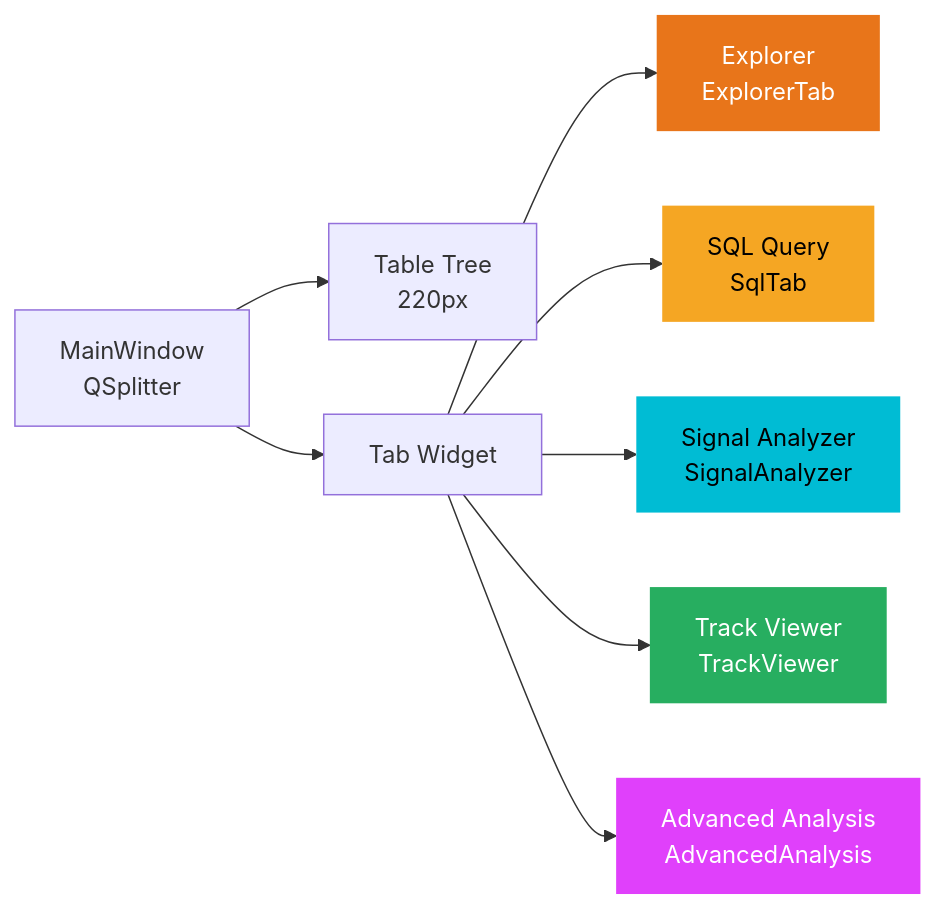
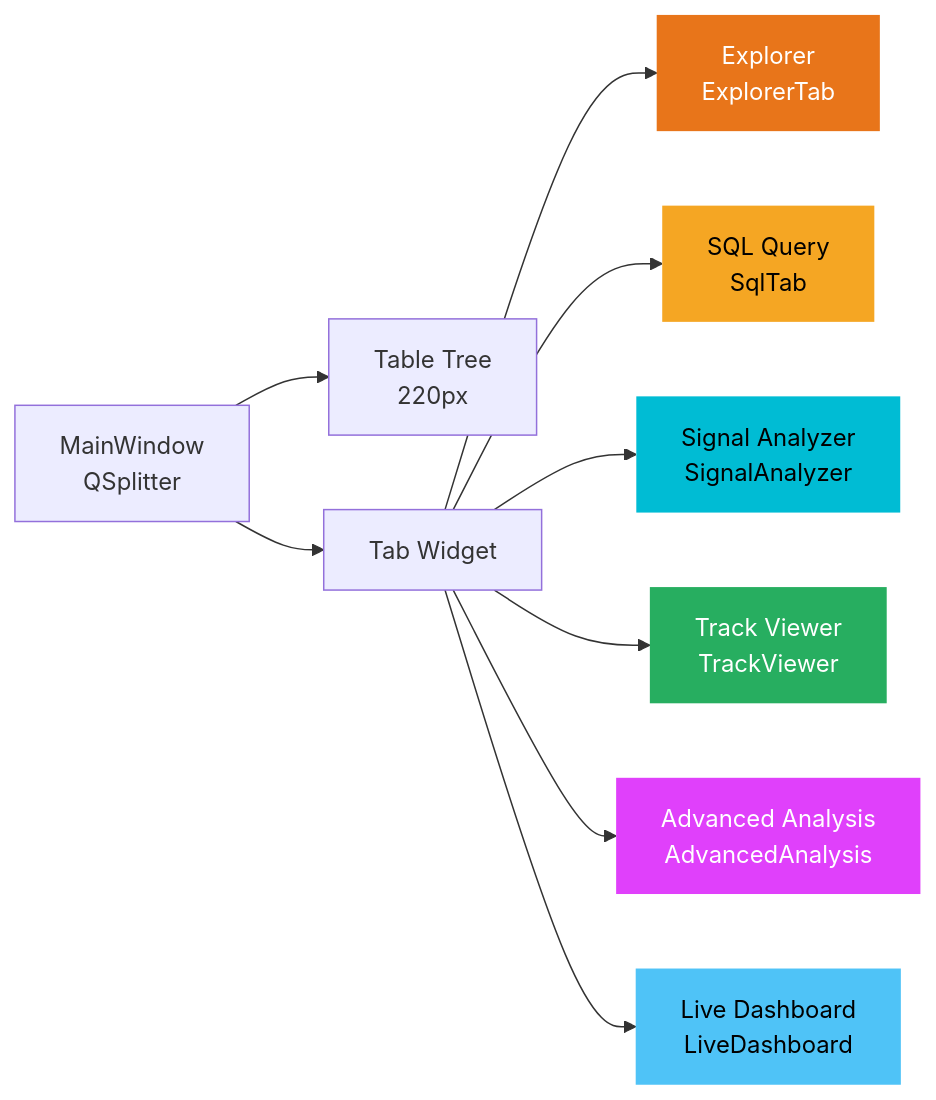
The eighth of 9 diagrams in docs/docs/lmupi/overview.md (SeamusMullan/TeleMU), drawn with Mermaid before and after one commit. The commit also changed other lines of this file and 93 other files, not shown here.

Commit message:
docs: restructure for Python-only, agent-friendly architecture

````diff
--- a/docs/docs/lmupi/overview.md
+++ b/docs/docs/lmupi/overview.md
@@ -267,26 +291,29 @@
 ```mermaid
 graph LR
     MW["MainWindow<br/>QSplitter"]
     TT["Table Tree<br/>220px"]
     TW["Tab Widget"]
 
     T1["Explorer<br/>ExplorerTab"]
     T2["SQL Query<br/>SqlTab"]
     T3["Signal Analyzer<br/>SignalAnalyzer"]
     T4["Track Viewer<br/>TrackViewer"]
     T5["Advanced Analysis<br/>AdvancedAnalysis"]
+    T6["Live Dashboard<br/>LiveDashboard"]
 
     MW --> TT
     MW --> TW
     TW --> T1
     TW --> T2
     TW --> T3
     TW --> T4
     TW --> T5
+    TW --> T6
 
     style T1 fill:#e8751a,color:#fff,stroke:none
     style T2 fill:#f5a623,color:#000,stroke:none
     style T3 fill:#00bcd4,color:#000,stroke:none
     style T4 fill:#27ae60,color:#fff,stroke:none
     style T5 fill:#e040fb,color:#fff,stroke:none
+    style T6 fill:#4fc3f7,color:#000,stroke:none
 ```
````
